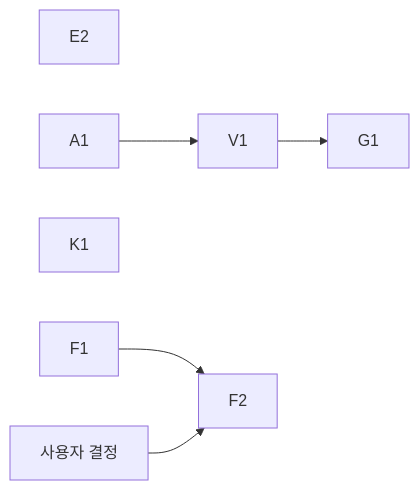
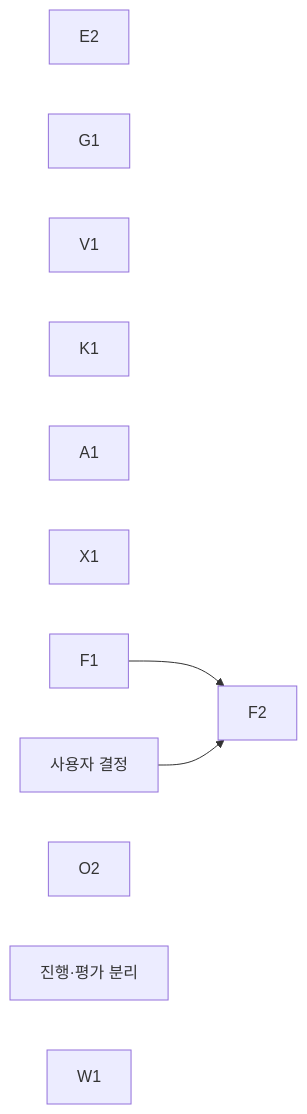
One commit to lab-paper-code/chill changed the diagram in docs/design/serving/decision-fidelity-plan.md. Above: the diagram before and after it, drawn with Mermaid. The commit also changed other lines of this file and 1 other file, not shown here.

````diff
--- a/docs/design/serving/decision-fidelity-plan.md
+++ b/docs/design/serving/decision-fidelity-plan.md
@@ -151,8 +161,14 @@
 ```mermaid
 graph LR
   E2
-  A1 --> V1 --> G1
+  G1
+  V1
   K1
+  A1
+  X1
   F1 --> F2
   D[사용자 결정] --> F2
+  O2
+  AP[진행·평가 분리]
+  W1
 ```
````
